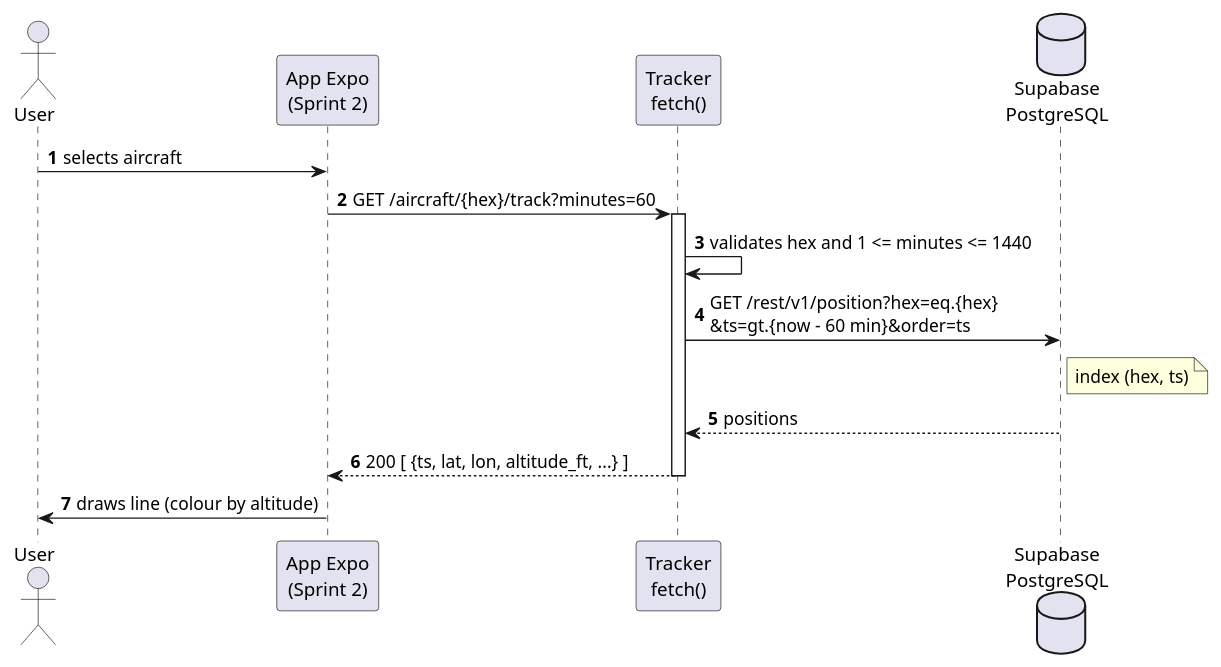
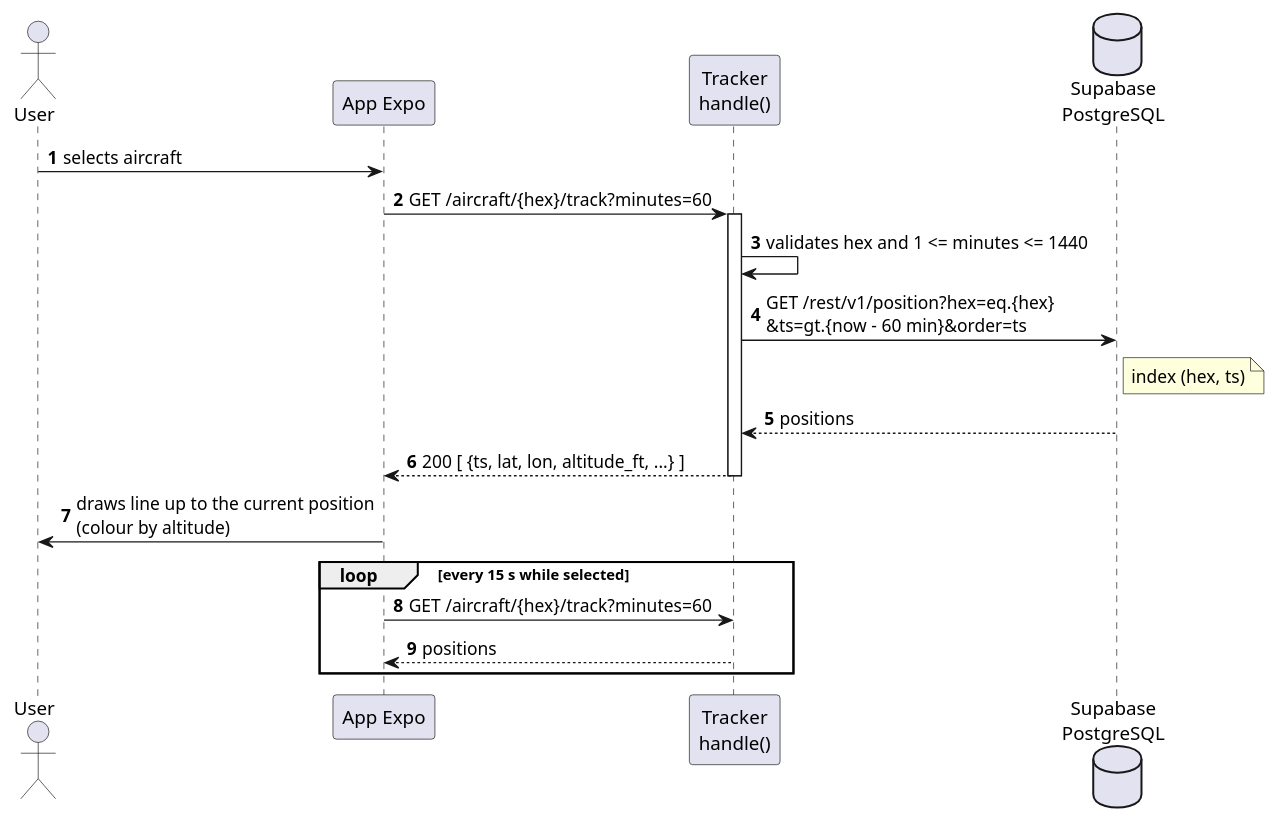
The diagram in docs/system-documentation/use-cases/US10/puml/sd_us10.puml (miguelsiilva1/SkyTracer), drawn with PlantUML before and after one commit. The commit also changed 22 other files, not shown here.

First line of the commit message:
docs: close the Sprint 1 stories and add the deployment diagram

```diff
--- a/docs/system-documentation/use-cases/US10/puml/sd_us10.puml
+++ b/docs/system-documentation/use-cases/US10/puml/sd_us10.puml
@@ -1,18 +1,22 @@
 @startuml
 autonumber
 actor "User" as U
-participant "App Expo\n(Sprint 2)" as App
-participant "Tracker\nfetch()" as API
+participant "App Expo" as App
+participant "Tracker\nhandle()" as API
 database "Supabase\nPostgreSQL" as DB
 
 U -> App : selects aircraft
 App -> API : GET /aircraft/{hex}/track?minutes=60
 activate API
 API -> API : validates hex and 1 <= minutes <= 1440
 API -> DB : GET /rest/v1/position?hex=eq.{hex}\n&ts=gt.{now - 60 min}&order=ts
 note right of DB : index (hex, ts)
 DB --> API : positions
 API --> App : 200 [ {ts, lat, lon, altitude_ft, ...} ]
 deactivate API
-App -> U : draws line (colour by altitude)
+App -> U : draws line up to the current position\n(colour by altitude)
+loop every 15 s while selected
+  App -> API : GET /aircraft/{hex}/track?minutes=60
+  API --> App : positions
+end
 @enduml
```
